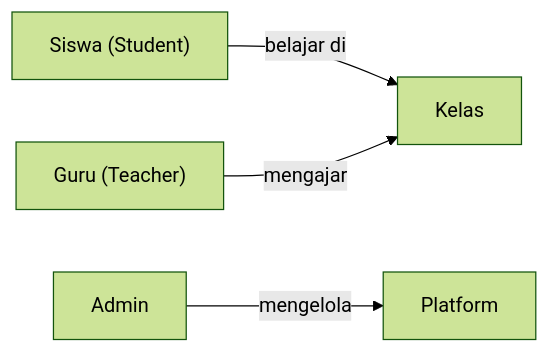
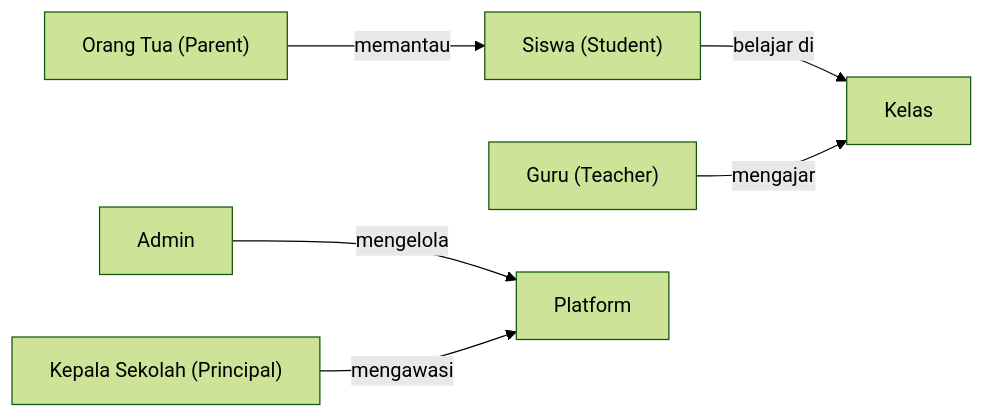
Before and after one commit to AI-Powered-Edtech/LMS: the first of 2 diagrams in docs/USERFLOW.md, drawn with Mermaid (forest theme). The commit also changed other lines of this file and 102 other files, not shown here.

````diff
--- a/docs/USERFLOW.md
+++ b/docs/USERFLOW.md
@@ -5,10 +5,14 @@
 ```mermaid
 graph LR
     S["Siswa (Student)"]
     T["Guru (Teacher)"]
     A["Admin"]
+    P["Orang Tua (Parent)"]
+    PR["Kepala Sekolah (Principal)"]
 
     S --> |belajar di| CLASS["Kelas"]
     T --> |mengajar| CLASS
     A --> |mengelola| PLATFORM["Platform"]
+    P --> |memantau| S
+    PR --> |mengawasi| PLATFORM
 ```
````
